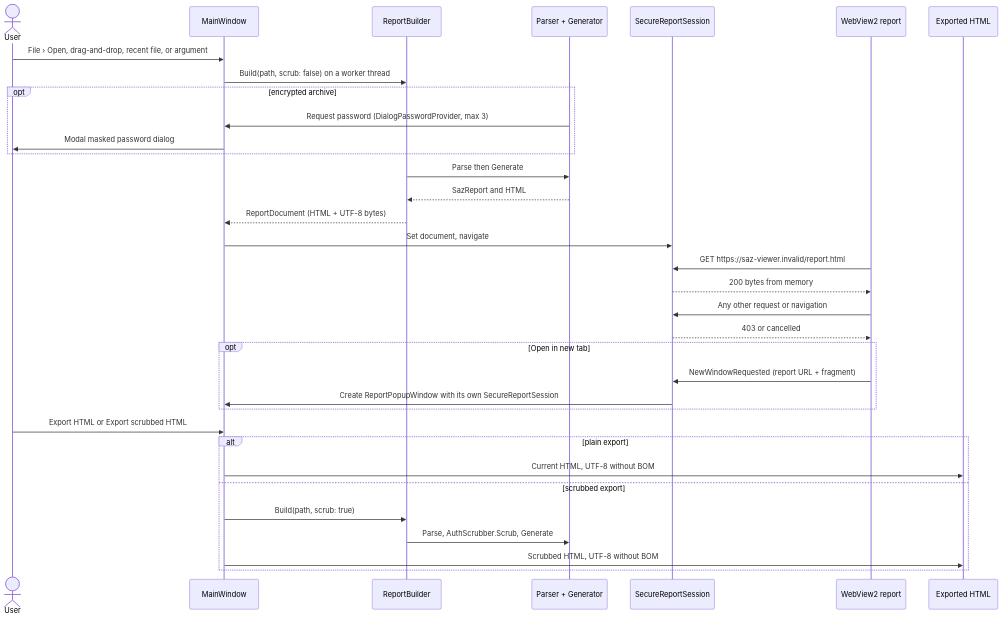
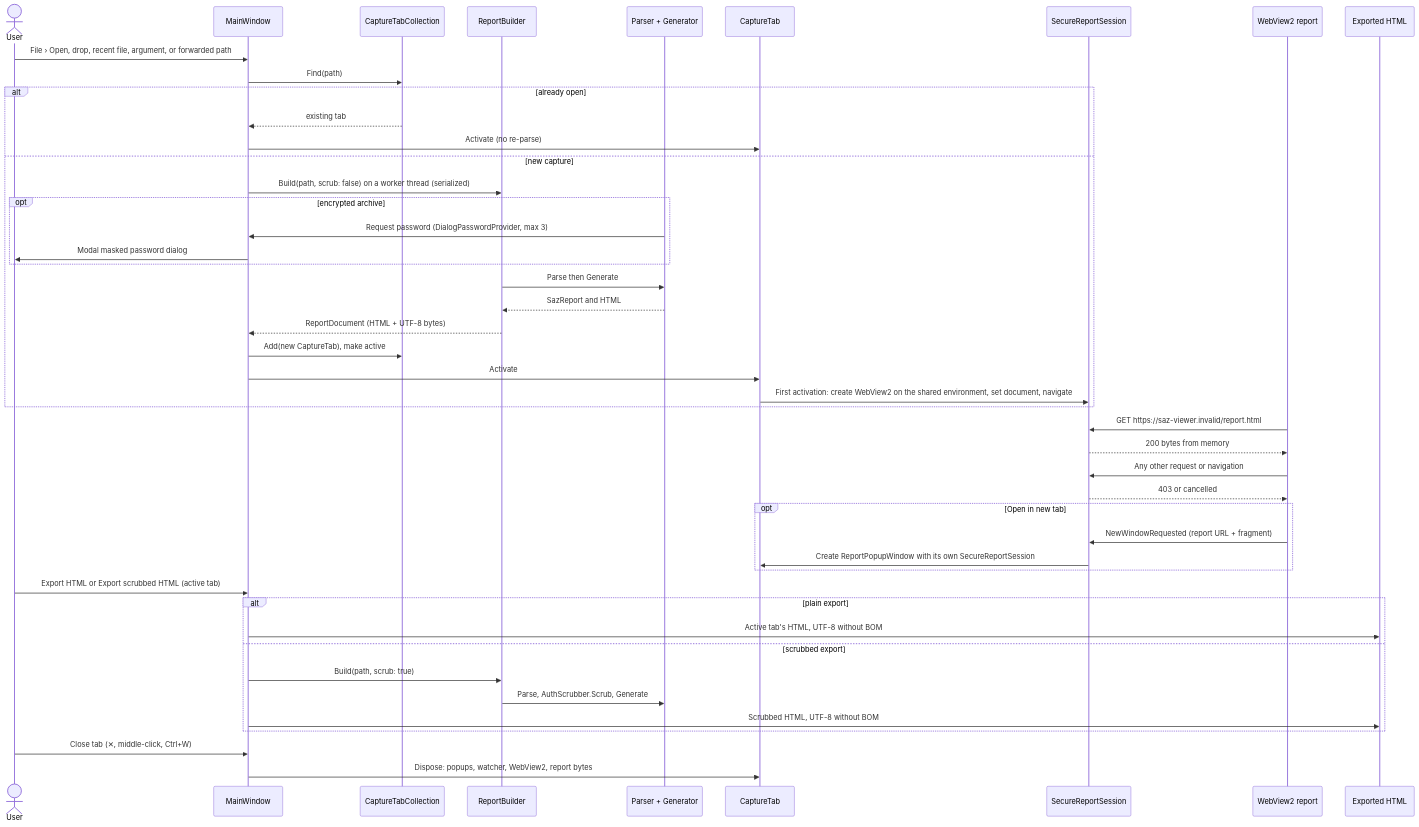
The second of 5 diagrams in docs/architecture/data-flow.md (macienMSFT/Saz-Viewer), drawn with Mermaid before and after one commit. The commit also changed other lines of this file and 4 other files, not shown here.

First line of the commit message:
Document tabs, single instance, file association and reload

````diff
--- a/docs/architecture/data-flow.md
+++ b/docs/architecture/data-flow.md
@@ -39,37 +39,49 @@
 ```mermaid
 sequenceDiagram
     actor User
     participant Win as MainWindow
+    participant Tabs as CaptureTabCollection
     participant Builder as ReportBuilder
     participant Core as Parser + Generator
+    participant Tab as CaptureTab
     participant Session as SecureReportSession
     participant View as WebView2 report
     participant Disk as Exported HTML
 
-    User->>Win: File › Open, drag-and-drop, recent file, or argument
-    Win->>Builder: Build(path, scrub: false) on a worker thread
-    opt encrypted archive
-        Core->>Win: Request password (DialogPasswordProvider, max 3)
-        Win->>User: Modal masked password dialog
+    User->>Win: File › Open, drop, recent file, argument, or forwarded path
+    Win->>Tabs: Find(path)
+    alt already open
+        Tabs-->>Win: existing tab
+        Win->>Tab: Activate (no re-parse)
+    else new capture
+        Win->>Builder: Build(path, scrub: false) on a worker thread (serialized)
+        opt encrypted archive
+            Core->>Win: Request password (DialogPasswordProvider, max 3)
+            Win->>User: Modal masked password dialog
+        end
+        Builder->>Core: Parse then Generate
+        Core-->>Builder: SazReport and HTML
+        Builder-->>Win: ReportDocument (HTML + UTF-8 bytes)
+        Win->>Tabs: Add(new CaptureTab), make active
+        Win->>Tab: Activate
+        Tab->>Session: First activation: create WebView2 on the shared environment, set document, navigate
     end
-    Builder->>Core: Parse then Generate
-    Core-->>Builder: SazReport and HTML
-    Builder-->>Win: ReportDocument (HTML + UTF-8 bytes)
-    Win->>Session: Set document, navigate
     View->>Session: GET https://saz-viewer.invalid/report.html
     Session-->>View: 200 bytes from memory
     View->>Session: Any other request or navigation
     Session-->>View: 403 or cancelled
     opt Open in new tab
         View->>Session: NewWindowRequested (report URL + fragment)
-        Session->>Win: Create ReportPopupWindow with its own SecureReportSession
+        Session->>Tab: Create ReportPopupWindow with its own SecureReportSession
     end
-    User->>Win: Export HTML or Export scrubbed HTML
+    User->>Win: Export HTML or Export scrubbed HTML (active tab)
     alt plain export
-        Win->>Disk: Current HTML, UTF-8 without BOM
+        Win->>Disk: Active tab's HTML, UTF-8 without BOM
     else scrubbed export
         Win->>Builder: Build(path, scrub: true)
         Builder->>Core: Parse, AuthScrubber.Scrub, Generate
         Win->>Disk: Scrubbed HTML, UTF-8 without BOM
     end
+    User->>Win: Close tab (✕, middle-click, Ctrl+W)
+    Win->>Tab: Dispose: popups, watcher, WebView2, report bytes
 ```
````
